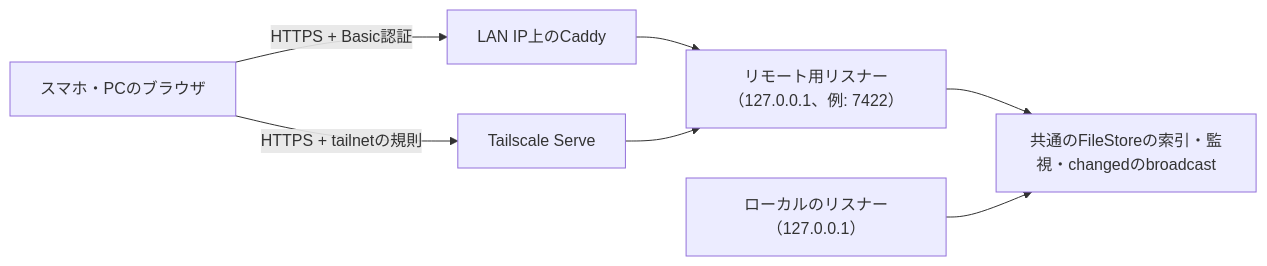
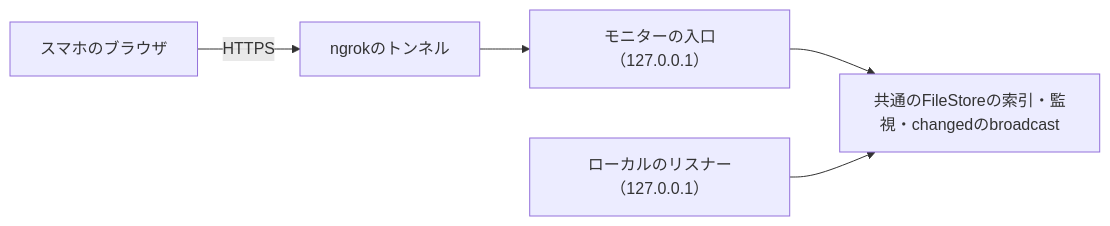
The diagram in docs/ja/dev/concepts/remote-access.md (FooQoo/agent-board), drawn with Mermaid before and after one commit. The commit also changed other lines of this file and 63 other files, not shown here.

````diff
--- a/docs/ja/dev/concepts/remote-access.md
+++ b/docs/ja/dev/concepts/remote-access.md
@@ -7,9 +7,7 @@
 ```mermaid
 flowchart LR
-    Phone["スマホ・PCのブラウザ"] -->|HTTPS + Basic認証| Caddy["LAN IP上のCaddy"]
-    Phone -->|HTTPS + tailnetの規則| TS["Tailscale Serve"]
-    Caddy --> RL["リモート用リスナー（127.0.0.1、例: 7422）"]
-    TS --> RL
-    RL --> Shared["共通のFileStoreの索引・監視・changedのbroadcast"]
+    Phone["スマホのブラウザ"] -->|HTTPS| Tunnel["ngrokのトンネル"]
+    Tunnel --> Entry["モニターの入口（127.0.0.1）"]
+    Entry --> Shared["共通のFileStoreの索引・監視・changedのbroadcast"]
     LL["ローカルのリスナー（127.0.0.1）"] --> Shared
 ```
````
